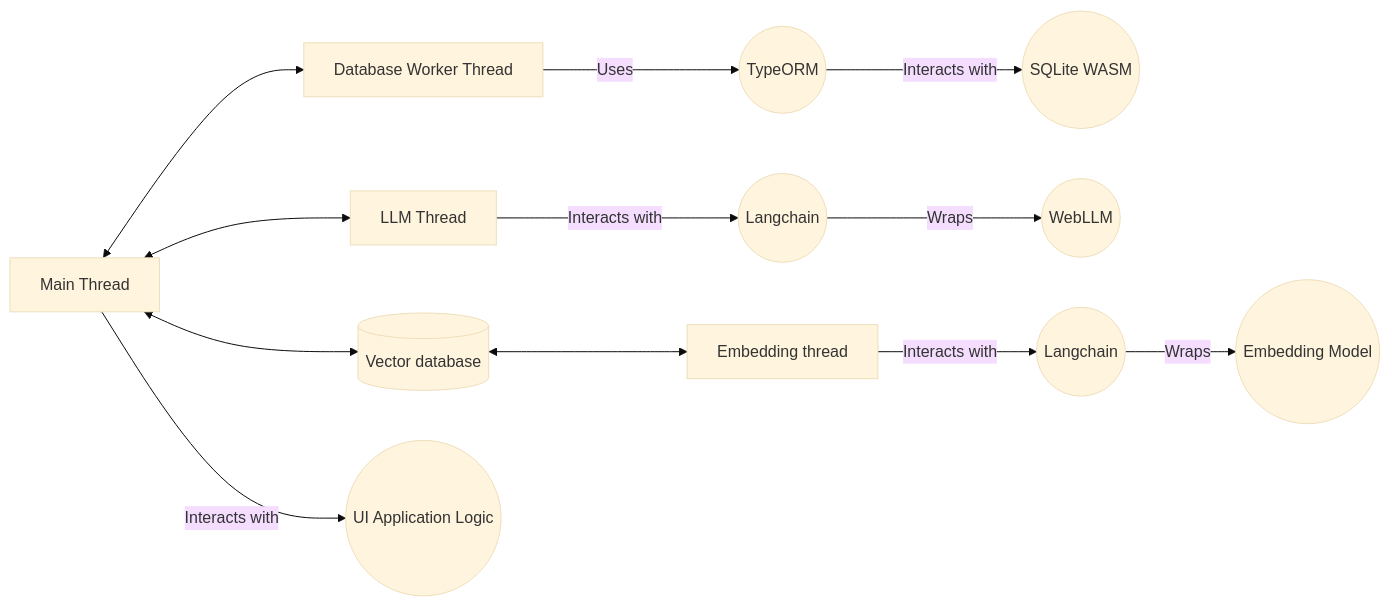
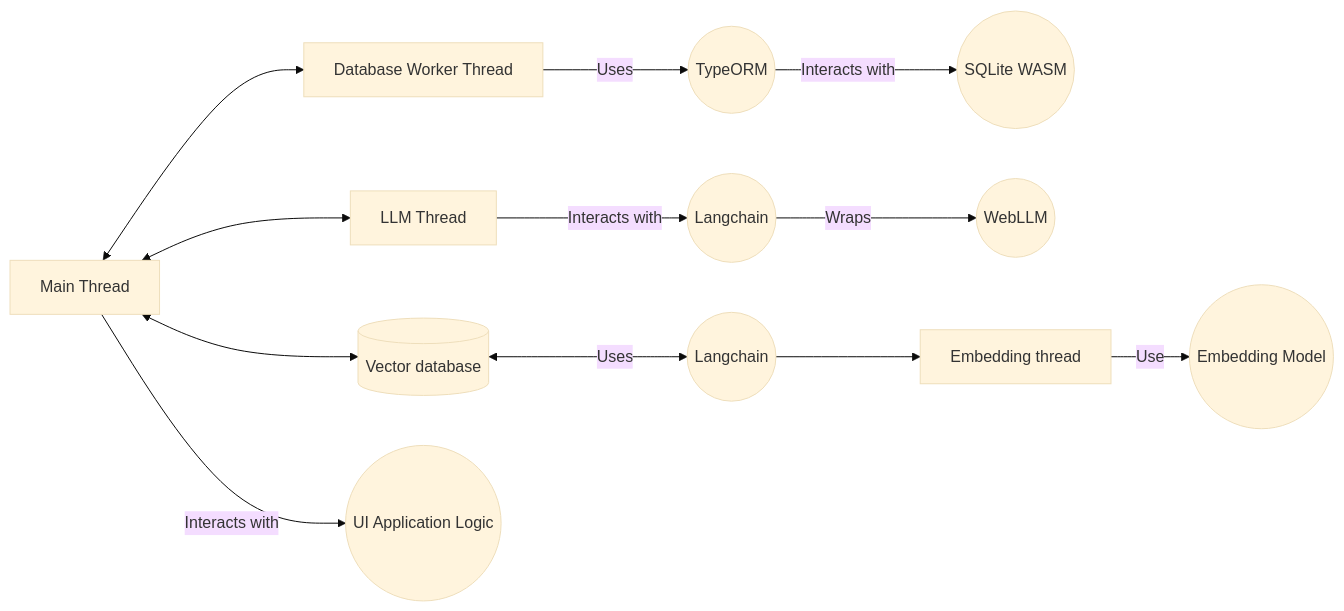
The diagram in README.md (zrg-team/NoLLMChat), drawn with Mermaid (base theme) before and after one commit.

Commit message:
Update README.md
* Project Architecutre

````diff
--- a/README.md
+++ b/README.md
@@ -61,15 +61,15 @@
 ```mermaid
 graph LR
     A[Main Thread] <--> C[Database Worker Thread]
     C -->|Uses| I((TypeORM))
     I -->|Interacts with| D((SQLite WASM))
     A <--> E[LLM Thread]
     E -->|Interacts with| J((Langchain))
     J -->|Wraps| F((WebLLM))
     A <--> G[(Vector database)]
-    G <--> H[Embedding thread]
-    H -->|Interacts with| K((Langchain))
-    K -->|Wraps| L((Embedding Model))
+    G <--> |Uses| H((Langchain))
+    H --> K[Embedding thread]
+    K -->|Use| L((Embedding Model))
     
     A -->|Interacts with| B((UI Application Logic))
 ```
````
